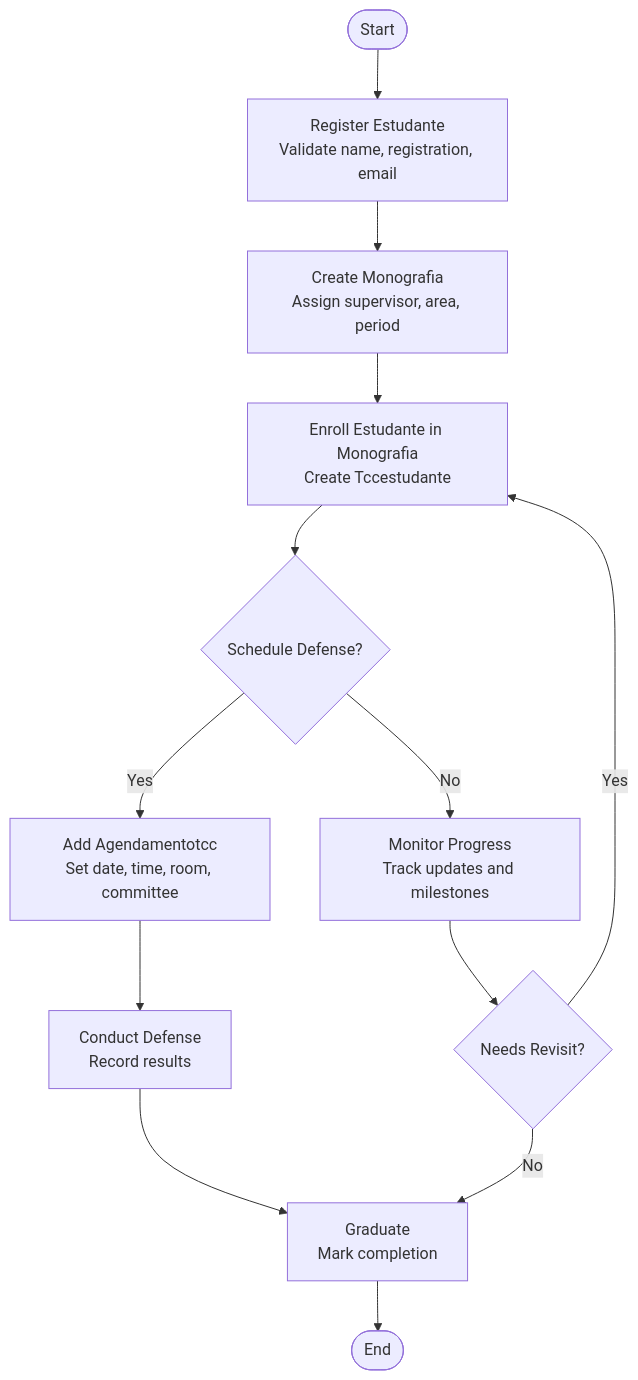
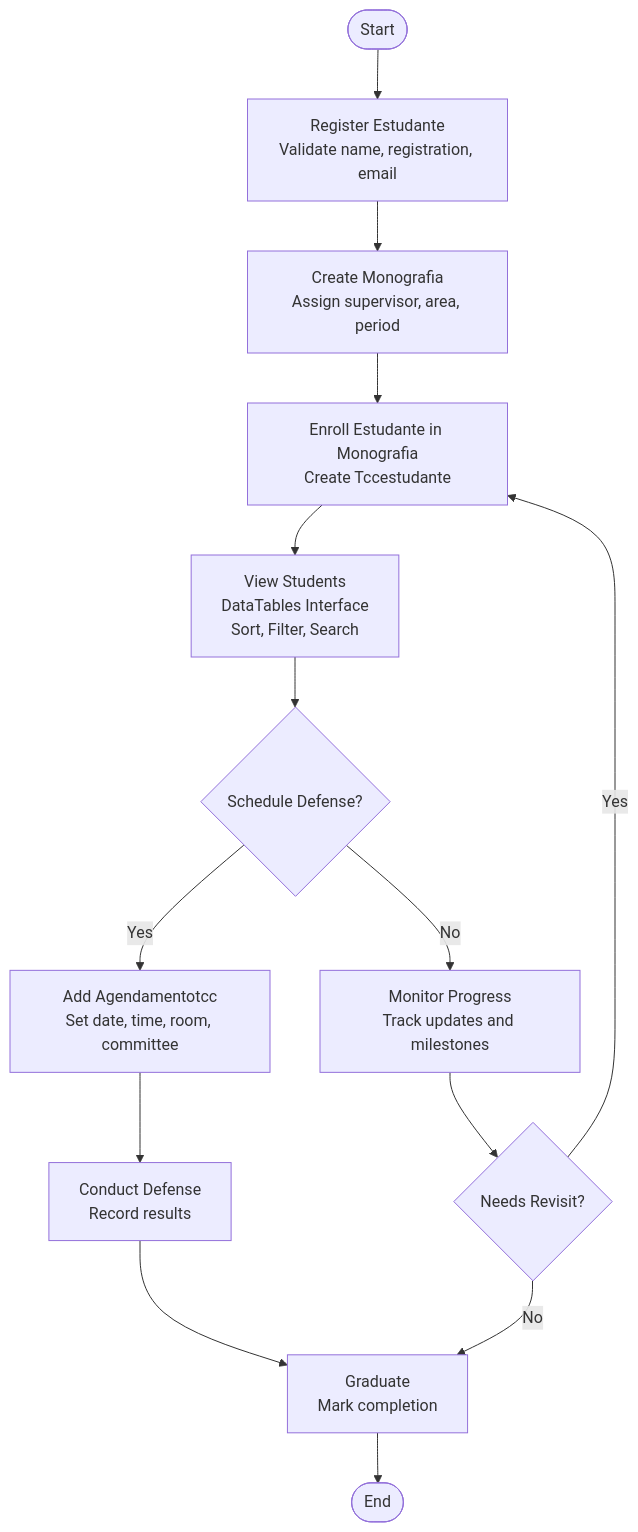
Before and after one commit to luiseduacosta/tcc4: the sixth of 9 diagrams in .qoder/repowiki/en/content/Student Management.md, drawn with Mermaid. The commit also changed other lines of this file and 5 other files, not shown here.

````diff
--- a/.qoder/repowiki/en/content/Student Management.md
+++ b/.qoder/repowiki/en/content/Student Management.md
@@ -299,15 +309,16 @@
 ```mermaid
 flowchart TD
 Start(["Start"]) --> RegisterStudent["Register Estudante<br/>Validate name, registration, email"]
 RegisterStudent --> CreateMonograph["Create Monografia<br/>Assign supervisor, area, period"]
 CreateMonograph --> EnrollStudent["Enroll Estudante in Monografia<br/>Create Tccestudante"]
-EnrollStudent --> ScheduleDefense{"Schedule Defense?"}
+EnrollStudent --> ViewStudents["View Students<br/>DataTables Interface<br/>Sort, Filter, Search"]
+ViewStudents --> ScheduleDefense{"Schedule Defense?"}
 ScheduleDefense --> |Yes| AddAgendamento["Add Agendamentotcc<br/>Set date, time, room, committee"]
 ScheduleDefense --> |No| MonitorProgress["Monitor Progress<br/>Track updates and milestones"]
 AddAgendamento --> Defend["Conduct Defense<br/>Record results"]
 Defend --> Graduate["Graduate<br/>Mark completion"]
 MonitorProgress --> Revisit{"Needs Revisit?"}
 Revisit --> |Yes| EnrollStudent
 Revisit --> |No| Graduate
 Graduate --> End(["End"])
 ```
````
